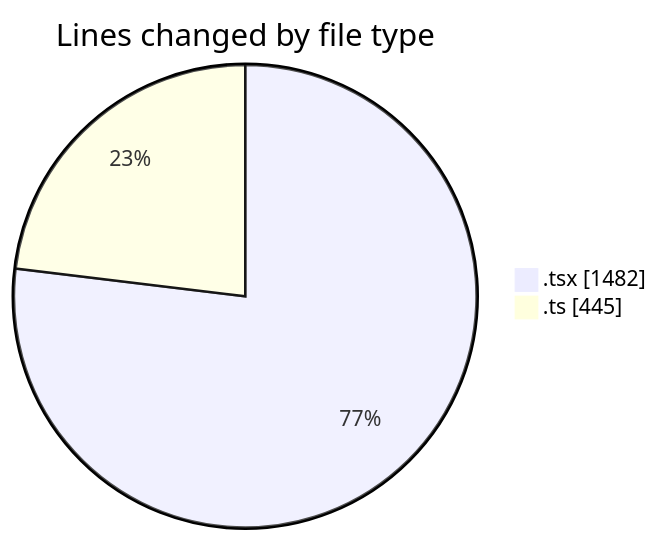
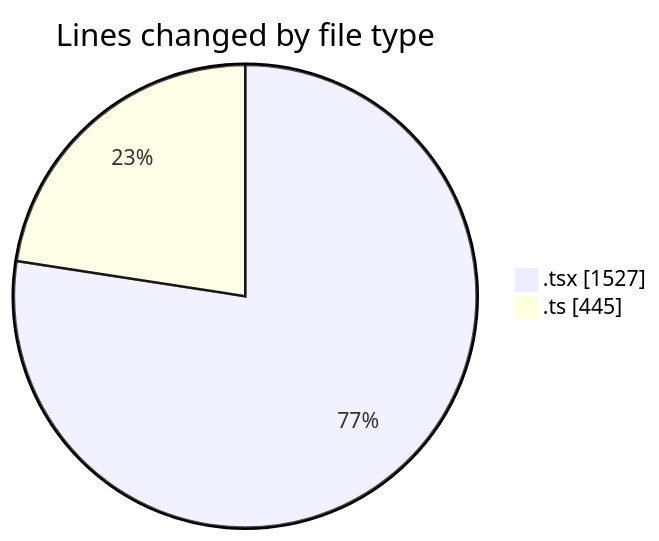
The first of 2 diagrams in 2025-01-30/mbc-web/README.md (robertbonfada/code-tracking), drawn with Mermaid before and after one commit. The commit also changed other lines of this file and 1 other file, not shown here.

````diff
--- a/2025-01-30/mbc-web/README.md
+++ b/2025-01-30/mbc-web/README.md
@@ -29,6 +30,6 @@
 ```mermaid
 pie showData
 title Lines changed by file type
-".tsx" : 1482
+".tsx" : 1527
 ".ts" : 445
 ```
````
